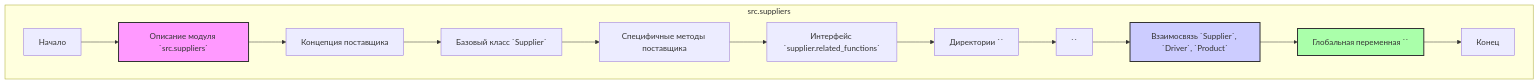
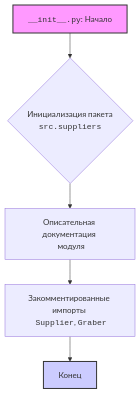
One commit to hypo69/hypo changed the second of 2 diagrams in docs/gemini/ru/explainer/src/suppliers/__init__.py.md. Above: the diagram before and after it, drawn with Mermaid. The commit also changed other lines of this file and 1505 other files, not shown here.

````diff
--- a/docs/gemini/ru/explainer/src/suppliers/__init__.py.md
+++ b/docs/gemini/ru/explainer/src/suppliers/__init__.py.md
@@ -35,19 +29,10 @@
 ```mermaid
 flowchart TD
-    subgraph src.suppliers
-        Start[Начало] --> ModuleDescription[Описание модуля `src.suppliers`];
-        ModuleDescription --> SupplierConcept[Концепция поставщика];
-        SupplierConcept --> BaseSupplierClass[Базовый класс `Supplier`];
-        BaseSupplierClass --> SpecificSupplierMethods[Специфичные методы поставщика];
-        SpecificSupplierMethods --> RelatedFunctionsInterface[Интерфейс `supplier.related_functions`];
-        RelatedFunctionsInterface --> SupplierDirectories[Директории `<supplier_prefix>`];
-        SupplierDirectories --> SupplierPrefix[`<supplier_prefix>`];
-        SupplierPrefix --> EntitiesRelationship[Взаимосвязь `Supplier`, `Driver`, `Product`];
-        EntitiesRelationship --> GlobalModeVariable[Глобальная переменная ``];
-        GlobalModeVariable --> End[Конец];
-    end
+    A[<code>__init__.py</code>: Начало] --> B{Инициализация пакета <br><code>src.suppliers</code>};
+    B --> C[Описательная документация <br> модуля];
+    C --> D[Закомментированные импорты <br> <code>Supplier</code>, <code>Graber</code>];
+    D --> E[Конец];
     
-    style ModuleDescription fill:#f9f,stroke:#333,stroke-width:2px
-    style EntitiesRelationship fill:#ccf,stroke:#333,stroke-width:2px
-    style GlobalModeVariable fill:#afa,stroke:#333,stroke-width:2px
+    style A fill:#f9f,stroke:#333,stroke-width:2px
+    style E fill:#ccf,stroke:#333,stroke-width:2px
 ```
````
